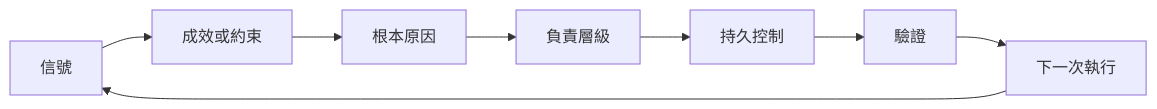
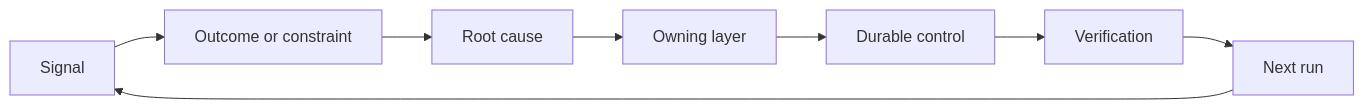
Before and after one commit to edward821220/ai-engineering-from-scratch: the diagram in i18n/zh-TW/phases/14-agent-engineering/54-build-the-feedback-ratchet/docs/zh-TW.md, drawn with Mermaid. The commit also changed other lines of this file and 137 other files, not shown here.

````diff
--- a/i18n/zh-TW/phases/14-agent-engineering/54-build-the-feedback-ratchet/docs/zh-TW.md
+++ b/i18n/zh-TW/phases/14-agent-engineering/54-build-the-feedback-ratchet/docs/zh-TW.md
@@ -43,10 +42,10 @@
 ```mermaid
 flowchart LR
-  S[信號] --> O[成效或約束]
-  O --> R[根本原因]
-  R --> D[負責層級]
-  D --> C[持久控制]
-  C --> V[驗證]
-  V --> N[下一次執行]
+  S[Signal] --> O[Outcome or constraint]
+  O --> R[Root cause]
+  R --> D[Owning layer]
+  D --> C[Durable control]
+  C --> V[Verification]
+  V --> N[Next run]
   N --> S
 ```
````
